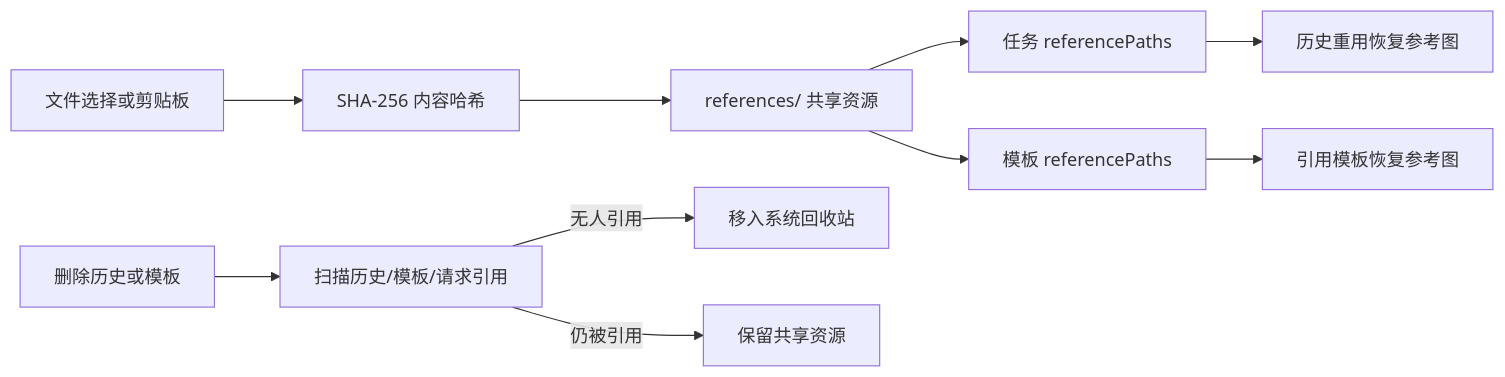
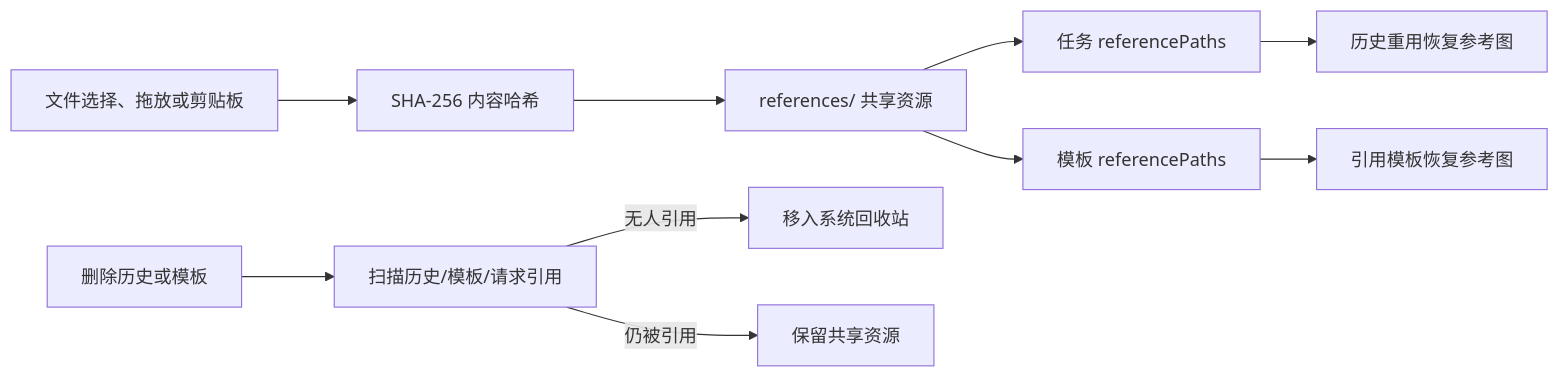
One commit to Tairraos/image-forge changed the fourth of 6 diagrams in docs/technical-design.md. Above: the diagram before and after it, drawn with Mermaid. The commit also changed other lines of this file and 1 other file, not shown here.

````diff
--- a/docs/technical-design.md
+++ b/docs/technical-design.md
@@ -198,12 +201,12 @@
 ```mermaid
 flowchart LR
-  Input["文件选择或剪贴板"] --> Hash["SHA-256 内容哈希"]
+  Input["文件选择、拖放或剪贴板"] --> Hash["SHA-256 内容哈希"]
   Hash --> Shared["references/ 共享资源"]
   Shared --> Task["任务 referencePaths"]
   Shared --> Template["模板 referencePaths"]
   Task --> Reuse["历史重用恢复参考图"]
   Template --> Call["引用模板恢复参考图"]
   Delete["删除历史或模板"] --> Scan["扫描历史/模板/请求引用"]
   Scan -->|无人引用| Trash["移入系统回收站"]
   Scan -->|仍被引用| Keep["保留共享资源"]
 ```
````
